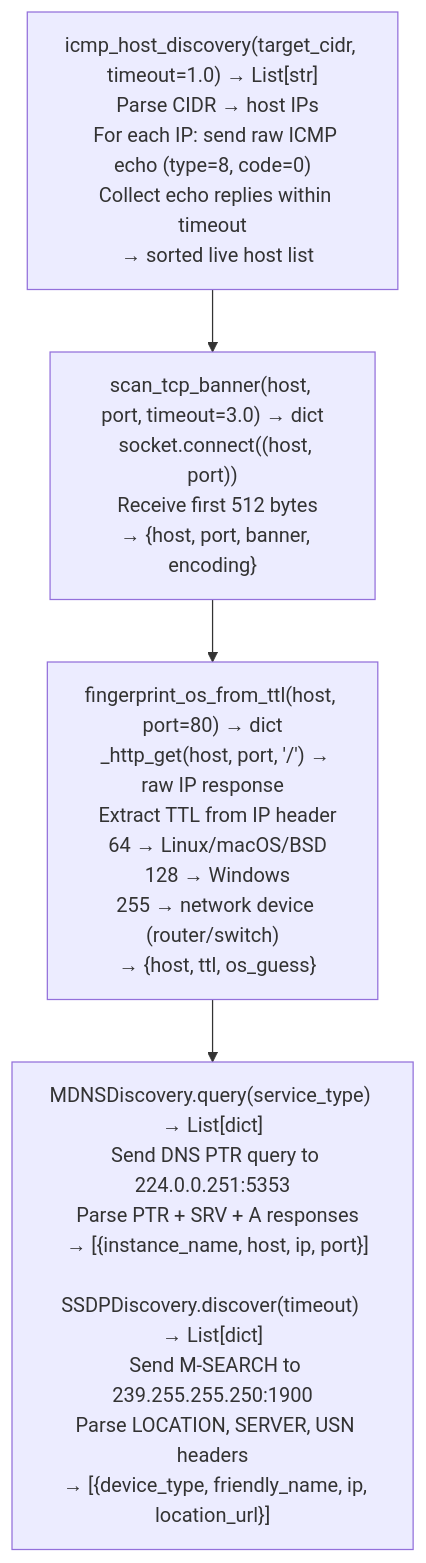
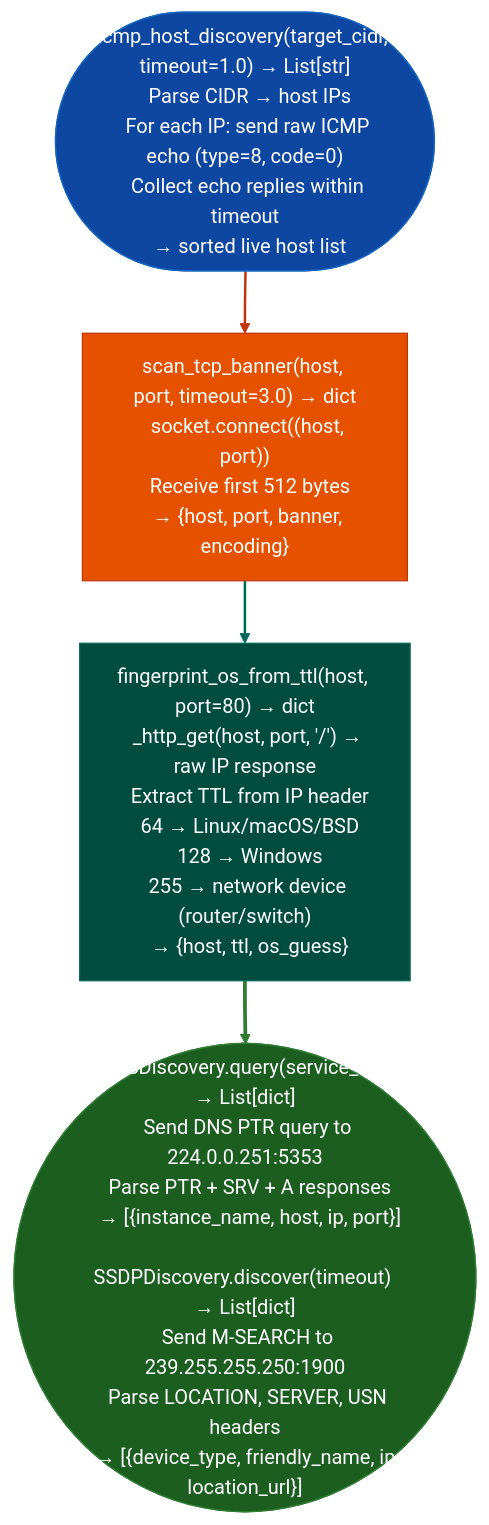
One commit to Ablation-Tool/ablation changed the diagram in docs/reference-modules/host-service-discovery.md. Above: the diagram before and after it, drawn with Mermaid. The commit also changed 320 other files, not shown here.

First line of the commit message:
docs: apply canonical Mermaid template to all 321 diagrams

````diff
--- a/docs/reference-modules/host-service-discovery.md
+++ b/docs/reference-modules/host-service-discovery.md
@@ -19,6 +19,15 @@
 ```mermaid
 flowchart TD
-    A["icmp_host_discovery(target_cidr, timeout=1.0) → List[str]\n  Parse CIDR → host IPs\n  For each IP: send raw ICMP echo (type=8, code=0)\n  Collect echo replies within timeout\n  → sorted live host list"] --> B["scan_tcp_banner(host, port, timeout=3.0) → dict\n  socket.connect((host, port))\n  Receive first 512 bytes\n  → {host, port, banner, encoding}"]
-    B --> C["fingerprint_os_from_ttl(host, port=80) → dict\n  _http_get(host, port, '/') → raw IP response\n  Extract TTL from IP header\n  64 → Linux/macOS/BSD\n  128 → Windows\n  255 → network device (router/switch)\n  → {host, ttl, os_guess}"]
-    C --> D["MDNSDiscovery.query(service_type) → List[dict]\n  Send DNS PTR query to 224.0.0.251:5353\n  Parse PTR + SRV + A responses\n  → [{instance_name, host, ip, port}]\n\nSSDPDiscovery.discover(timeout) → List[dict]\n  Send M-SEARCH to 239.255.255.250:1900\n  Parse LOCATION, SERVER, USN headers\n  → [{device_type, friendly_name, ip, location_url}]"]
+    A(["icmp_host_discovery(target_cidr, timeout=1.0) → List[str]\n  Parse CIDR → host IPs\n  For each IP: send raw ICMP echo (type=8, code=0)\n  Collect echo replies within timeout\n  → sorted live host list"]):::input --> B["scan_tcp_banner(host, port, timeout=3.0) → dict\n  socket.connect((host, port))\n  Receive first 512 bytes\n  → {host, port, banner, encoding}"]:::primary
+    B:::primary --> C["fingerprint_os_from_ttl(host, port=80) → dict\n  _http_get(host, port, '/') → raw IP response\n  Extract TTL from IP header\n  64 → Linux/macOS/BSD\n  128 → Windows\n  255 → network device (router/switch)\n  → {host, ttl, os_guess}"]:::secondary
+    C:::secondary --> D(["MDNSDiscovery.query(service_type) → List[dict]\n  Send DNS PTR query to 224.0.0.251:5353\n  Parse PTR + SRV + A responses\n  → [{instance_name, host, ip, port}]\n\nSSDPDiscovery.discover(timeout) → List[dict]\n  Send M-SEARCH to 239.255.255.250:1900\n  Parse LOCATION, SERVER, USN headers\n  → [{device_type, friendly_name, ip, location_url}]"]):::output
+    classDef input     fill:#0d47a1,stroke:#1565c0,color:#fff
+    classDef primary   fill:#e65100,stroke:#bf360c,color:#fff
+    classDef secondary fill:#004d40,stroke:#00695c,color:#fff
+    classDef tertiary  fill:#4a148c,stroke:#6a1b9a,color:#fff
+    classDef neutral   fill:#37474f,stroke:#546e7a,color:#fff
+    classDef output    fill:#1b5e20,stroke:#2e7d32,color:#fff
+    linkStyle 0 stroke:#bf360c,stroke-width:2px
+    linkStyle 1 stroke:#00695c,stroke-width:2px
+    linkStyle 2 stroke:#2e7d32,stroke-width:3px
 ```
````
